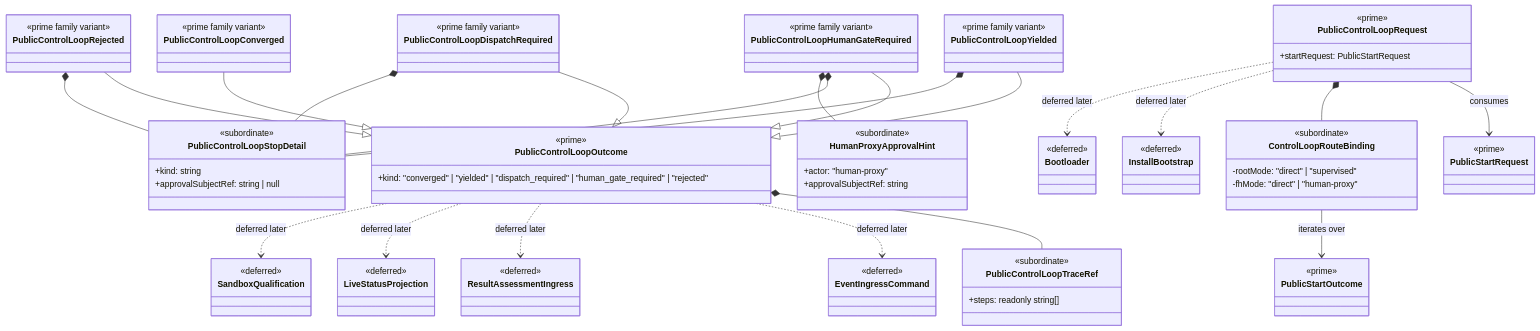
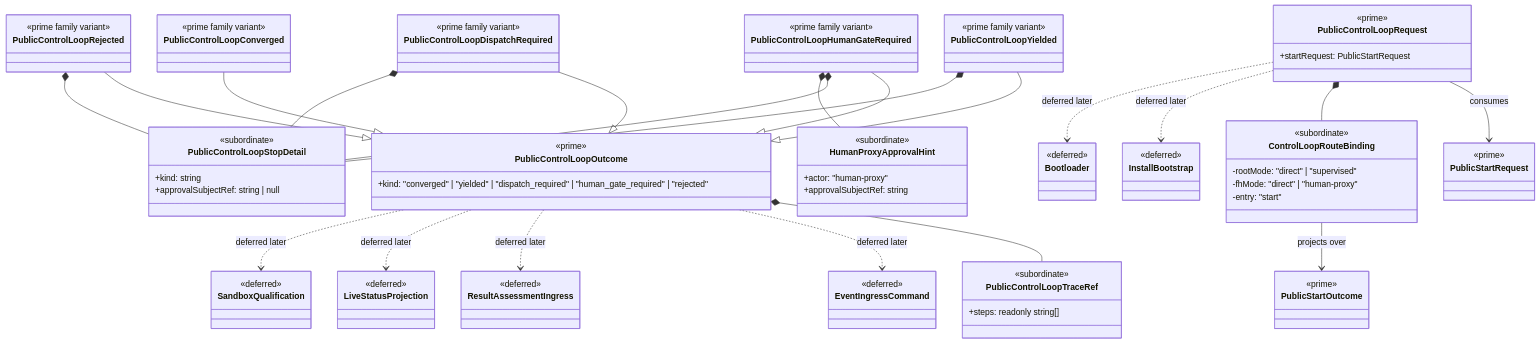
The diagram in build_tenants/abiogenesis/typescript/design/M04_CONTROL_LOOP_STRUCTURAL_CARRIER_DIAGRAM.md (foolishimp/abiogenesis), drawn with Mermaid before and after one commit. The commit also changed other lines of this file and 102 other files, not shown here.

```diff
--- a/build_tenants/abiogenesis/typescript/design/M04_CONTROL_LOOP_STRUCTURAL_CARRIER_DIAGRAM.md
+++ b/build_tenants/abiogenesis/typescript/design/M04_CONTROL_LOOP_STRUCTURAL_CARRIER_DIAGRAM.md
@@ -41,6 +41,7 @@
   <<subordinate>>
   -rootMode: "direct" | "supervised"
   -fhMode: "direct" | "human-proxy"
+  -entry: "start"
 }
 
 class PublicControlLoopTraceRef {
@@ -106,7 +107,7 @@
 
 PublicControlLoopRequest --> PublicStartRequest : consumes
 PublicControlLoopRequest *-- ControlLoopRouteBinding
-ControlLoopRouteBinding --> PublicStartOutcome : iterates over
+ControlLoopRouteBinding --> PublicStartOutcome : projects over
 
 PublicControlLoopOutcome *-- PublicControlLoopTraceRef
 
```
